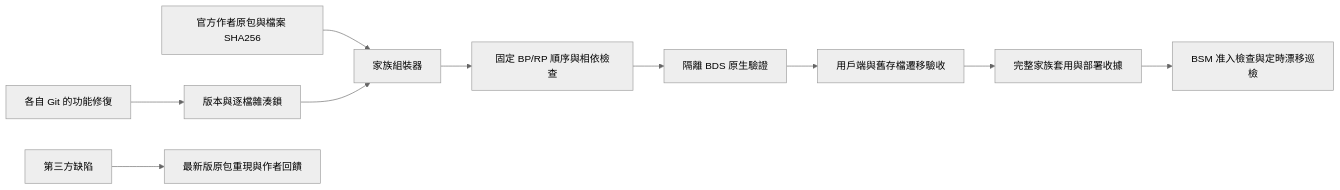
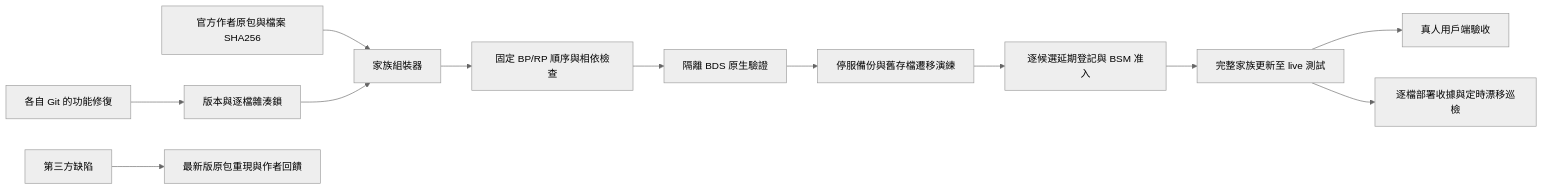
One commit to casama233/kaleidoscope-tavern-unofficial changed the diagram in family/MAINTENANCE.md. Above: the diagram before and after it, drawn with Mermaid (neutral theme). The commit also changed other lines of this file and 2 other files, not shown here.

Commit message:
Make live updates the default after development candidate checks

````diff
--- a/family/MAINTENANCE.md
+++ b/family/MAINTENANCE.md
@@ -7,12 +7,14 @@
 ```mermaid
 flowchart LR
   A[各自 Git 的功能修復] --> B[版本與逐檔雜湊鎖]
   C[官方作者原包與檔案 SHA256] --> D[家族組裝器]
   B --> D
   D --> E[固定 BP/RP 順序與相依檢查]
   E --> F[隔離 BDS 原生驗證]
-  F --> G[用戶端與舊存檔遷移驗收]
-  G --> H[完整家族套用與部署收據]
-  H --> I[BSM 准入檢查與定時漂移巡檢]
+  F --> G[停服備份與舊存檔遷移演練]
+  G --> H[逐候選延期登記與 BSM 准入]
+  H --> L[完整家族更新至 live 測試]
+  L --> M[真人用戶端驗收]
+  L --> I[逐檔部署收據與定時漂移巡檢]
   J[第三方缺陷] --> K[最新版原包重現與作者回饋]
 ```
````
